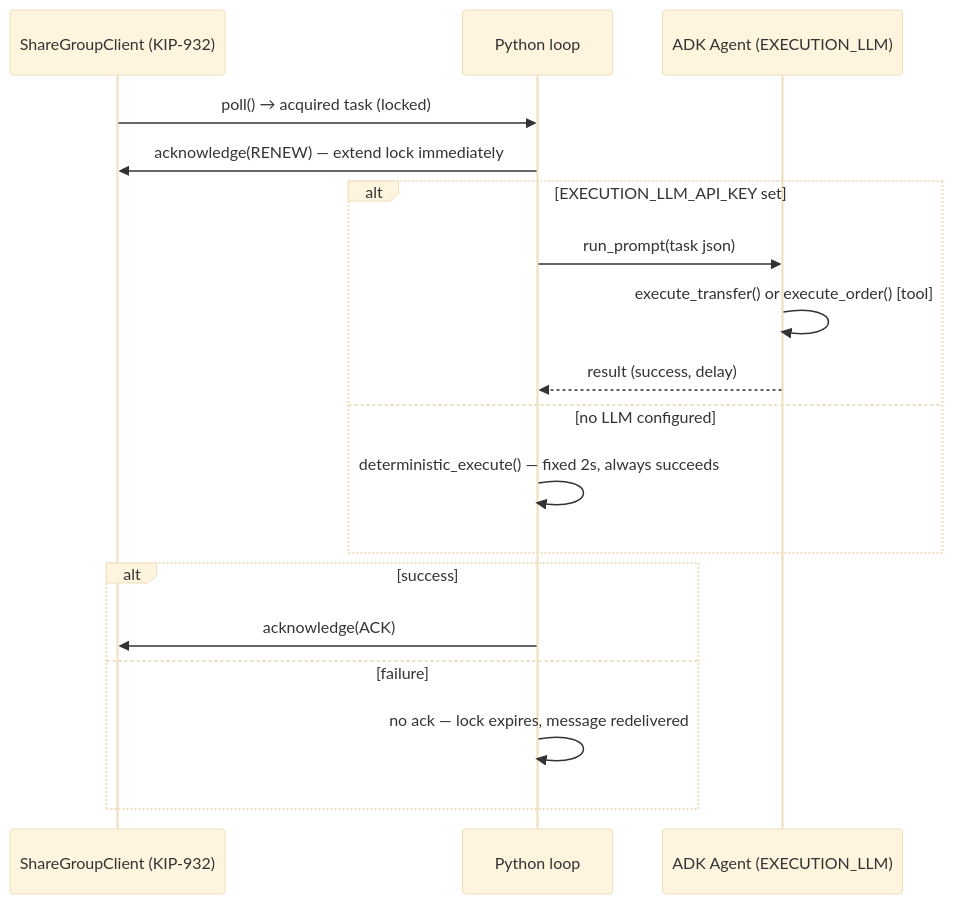
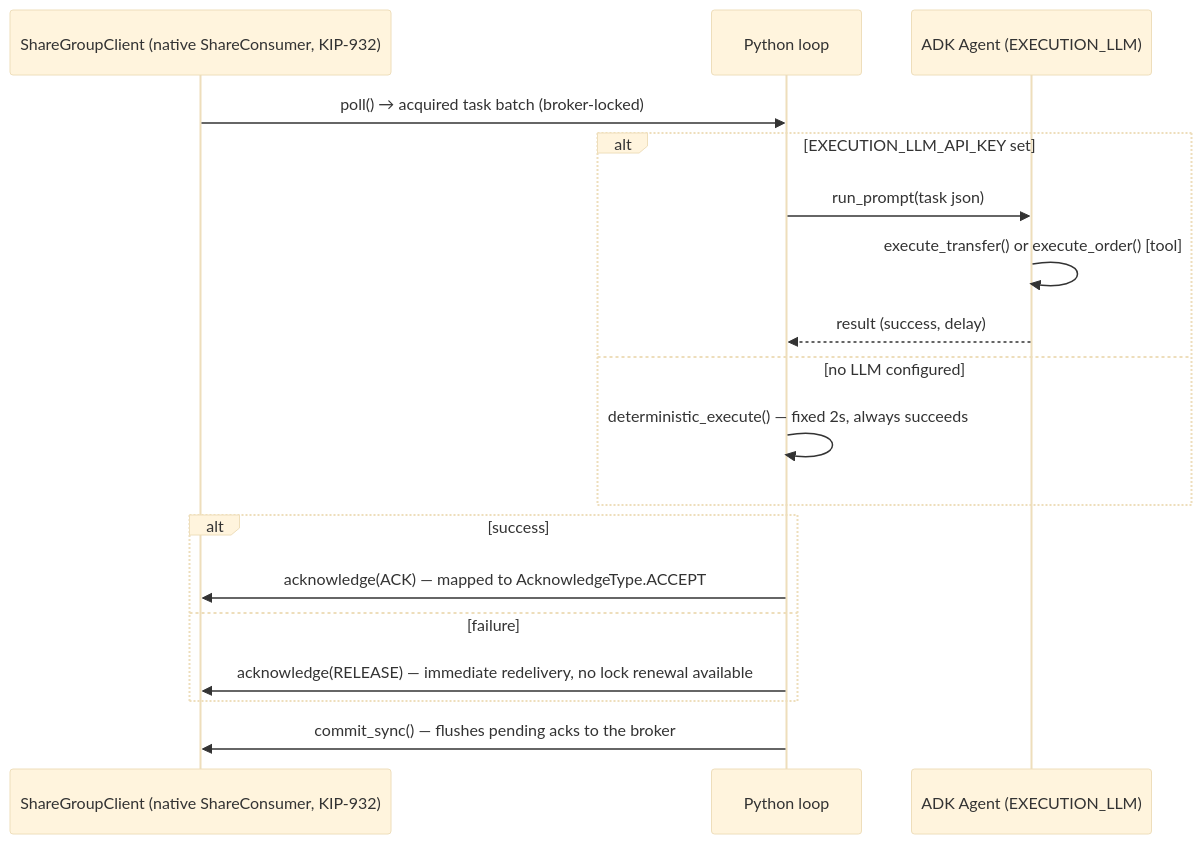
One commit to arabaaoui/kafka-for-agents changed the sixth of 6 diagrams in README.md. Above: the diagram before and after it, drawn with Mermaid (base theme). The commit also changed other lines of this file, not shown here.

Commit message:
Migrate KIP-932 emulator to native ShareConsumer — update README.md

````diff
--- a/README.md
+++ b/README.md
@@ -195,21 +196,21 @@
 ```mermaid
 sequenceDiagram
-    participant SG as ShareGroupClient (KIP-932)
+    participant SG as ShareGroupClient (native ShareConsumer, KIP-932)
     participant P as Python loop
     participant A as ADK Agent (EXECUTION_LLM)
 
-    SG->>P: poll() → acquired task (locked)
-    P->>SG: acknowledge(RENEW) — extend lock immediately
+    SG->>P: poll() → acquired task batch (broker-locked)
     alt EXECUTION_LLM_API_KEY set
         P->>A: run_prompt(task json)
         A->>A: execute_transfer() or execute_order() [tool]
         A-->>P: result (success, delay)
     else no LLM configured
         P->>P: deterministic_execute() — fixed 2s, always succeeds
     end
     alt success
-        P->>SG: acknowledge(ACK)
+        P->>SG: acknowledge(ACK) — mapped to AcknowledgeType.ACCEPT
     else failure
-        P->>P: no ack — lock expires, message redelivered
+        P->>SG: acknowledge(RELEASE) — immediate redelivery, no lock renewal available
     end
+    P->>SG: commit_sync() — flushes pending acks to the broker
 ```
````
